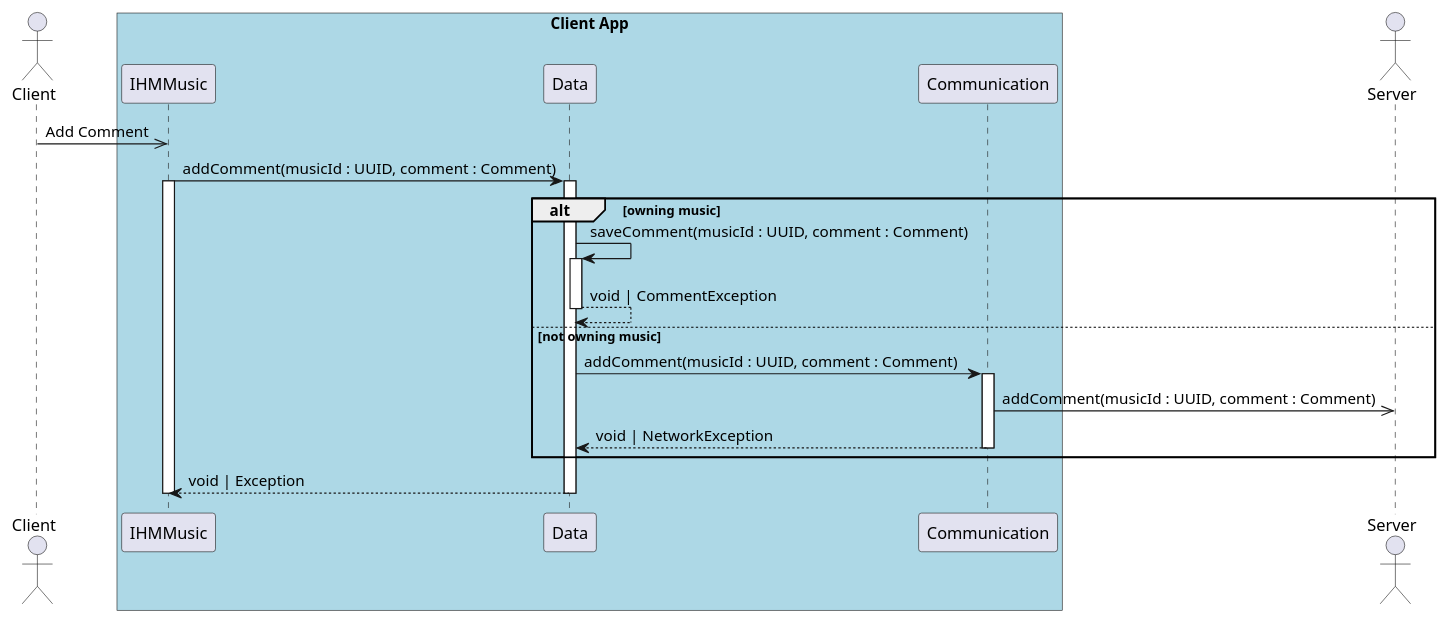
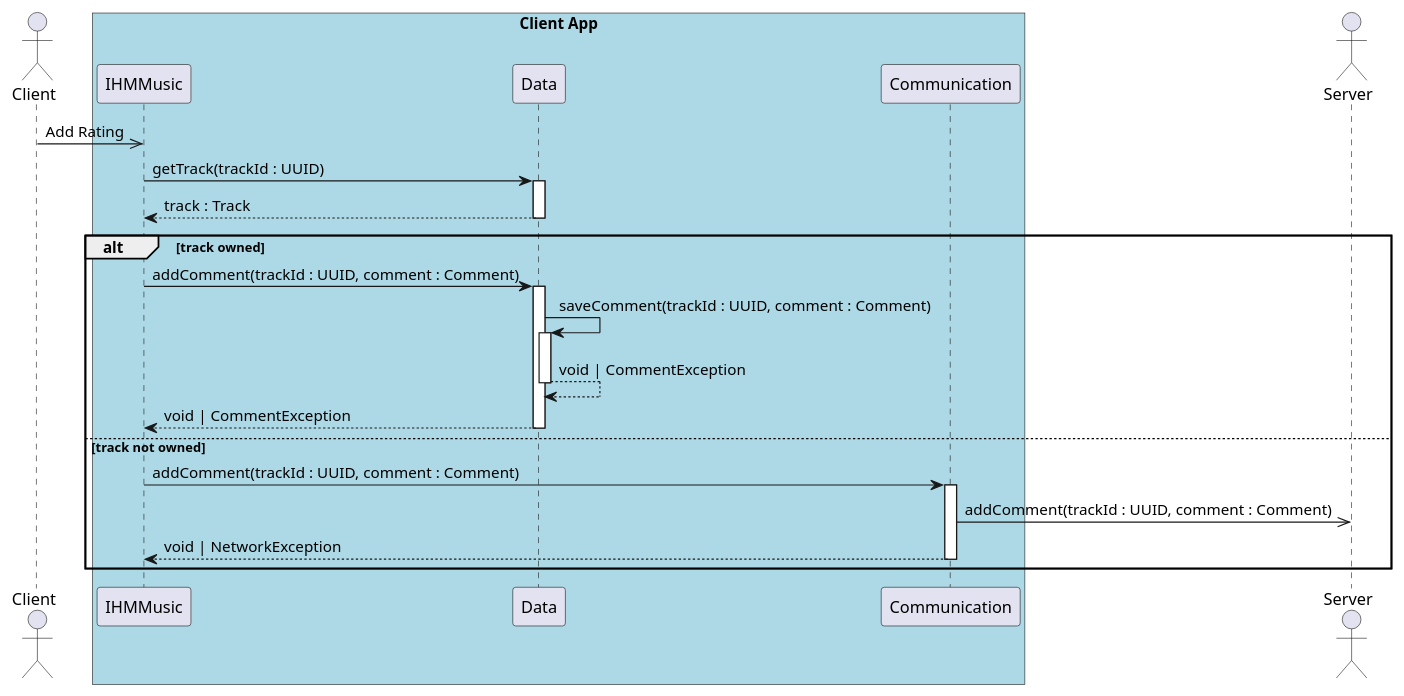
The diagram in sequence/4.2_add_comment_client.puml (UTCAI12/Diagrams), drawn with PlantUML before and after one commit. The commit also changed 2 other files, not shown here.

Commit message:
Fixing diagrams with new conception.

```diff
--- a/sequence/4.2_add_comment_client.puml
+++ b/sequence/4.2_add_comment_client.puml
@@ -1,30 +1,31 @@
 @startuml 4.2. User add a comment to a music (client - sender)
 
 actor Client as client
 
 box "Client App" #LightBlue
     participant IHMMusic as ihm
     participant Data as data
     participant Communication as com
 end box
 
 actor Server as server
 
-client ->> ihm : Add Comment
+client ->> ihm : Add Rating
 
-ihm -> data++ : addComment(musicId : UUID, comment : Comment)
-activate ihm
+ihm -> data++ : getTrack(trackId : UUID)
+return track : Track
 
-alt owning music
-    data -> data++ : saveComment(musicId : UUID, comment : Comment)
+alt track owned
+    ihm -> data++ : addComment(trackId : UUID, comment : Comment)
+    data -> data++ : saveComment(trackId : UUID, comment : Comment)
     return void | CommentException
-else not owning music
-    data -> com++ : addComment(musicId : UUID, comment : Comment)
-    com ->> server : addComment(musicId : UUID, comment : Comment)
+    return void | CommentException
+else track not owned
+    ihm -> com++ : addComment(trackId : UUID, comment : Comment)
+    com ->> server : addComment(trackId : UUID, comment : Comment)
     return void | NetworkException
 end
 
-return void | Exception
 deactivate ihm
 
 @enduml
```
